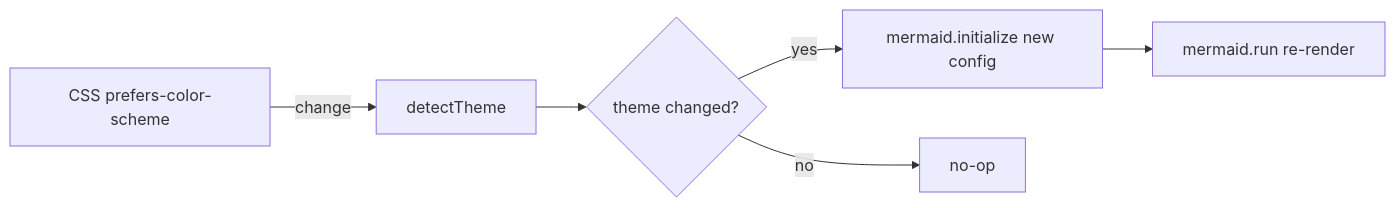
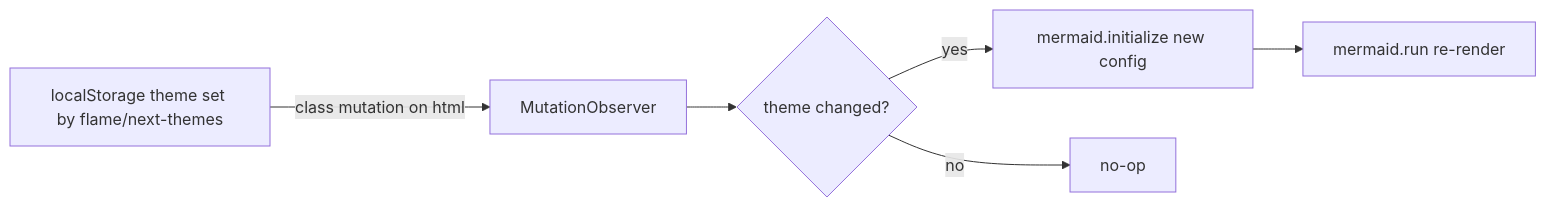
One commit to DocuBook/docubook changed the third of 3 diagrams in packages/mdx-content/mermaid/mermaid-mdx-integration-tech-design.md. Above: the diagram before and after it, drawn with Mermaid. The commit also changed other lines of this file and 2 other files, not shown here.

````diff
--- a/packages/mdx-content/mermaid/mermaid-mdx-integration-tech-design.md
+++ b/packages/mdx-content/mermaid/mermaid-mdx-integration-tech-design.md
@@ -235,8 +267,8 @@
 ```mermaid
 flowchart LR
-    A[CSS prefers-color-scheme] -->|change| B[detectTheme]
+    A[localStorage theme set by flame/next-themes] -->|class mutation on html| B[MutationObserver]
     B --> C{theme changed?}
     C -->|yes| D[mermaid.initialize new config]
     D --> E[mermaid.run re-render]
     C -->|no| F[no-op]
 ```
````
